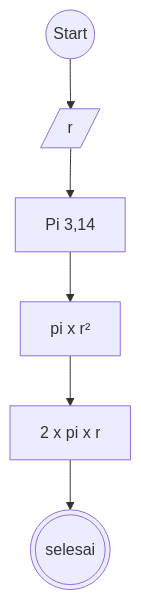
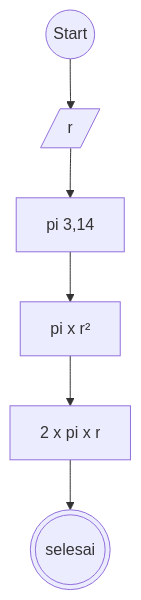
The second of 2 diagrams in README.md (Farhan-dev-dot/koda-b10-algoritma), drawn with Mermaid before and after one commit.

````diff
--- a/README.md
+++ b/README.md
@@ -65,19 +65,19 @@
 ```mermaid
 
 flowchart TD
 
 A@{ shape: circle, label: "Start" }
 B[/r/]
-C[Pi 3,14]
+C[pi 3,14]
 D[ pi x r² ]
 E[ 2 x pi x r ]
 F(((selesai)))
 
 A-->B
 B-->C
 C-->D
 D-->E
 E-->F
 
 
 ```
````
